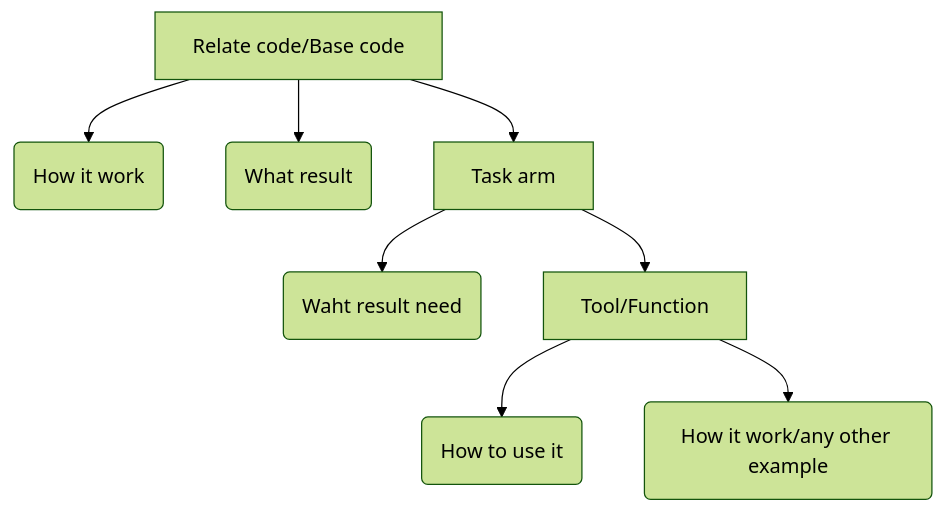
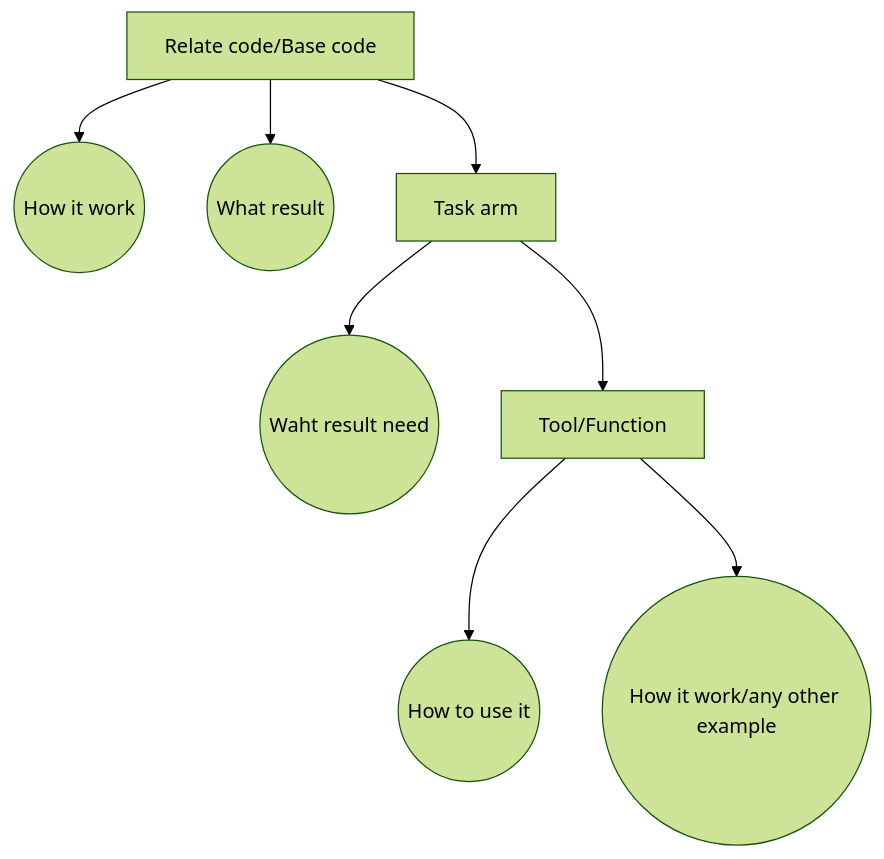
The diagram in _posts/2018-03-28-task-flow-chat.md (duan-li/worklog), drawn with Mermaid (forest theme) before and after one commit.

Commit message:
update post

````diff
--- a/_posts/2018-03-28-task-flow-chat.md
+++ b/_posts/2018-03-28-task-flow-chat.md
@@ -7,11 +7,11 @@
 ```mermaid
 graph TB
 
-A[Relate code/Base code] --> B(How it work)
-A[Relate code/Base code] --> C(What result)
+A[Relate code/Base code] --> B((How it work))
+A[Relate code/Base code] --> C((What result))
 A[Relate code/Base code] --> D[Task arm]
-D[Task arm] --> E(Waht result need)
+D[Task arm] --> E((Waht result need))
 D[Task arm] --> F[Tool/Function]
-F[Tool/Function] --> G(How to use it)
-F[Tool/Function] --> H(How it work/any other example)
+F[Tool/Function] --> G((How to use it))
+F[Tool/Function] --> H((How it work/any other example))
 ```
````
